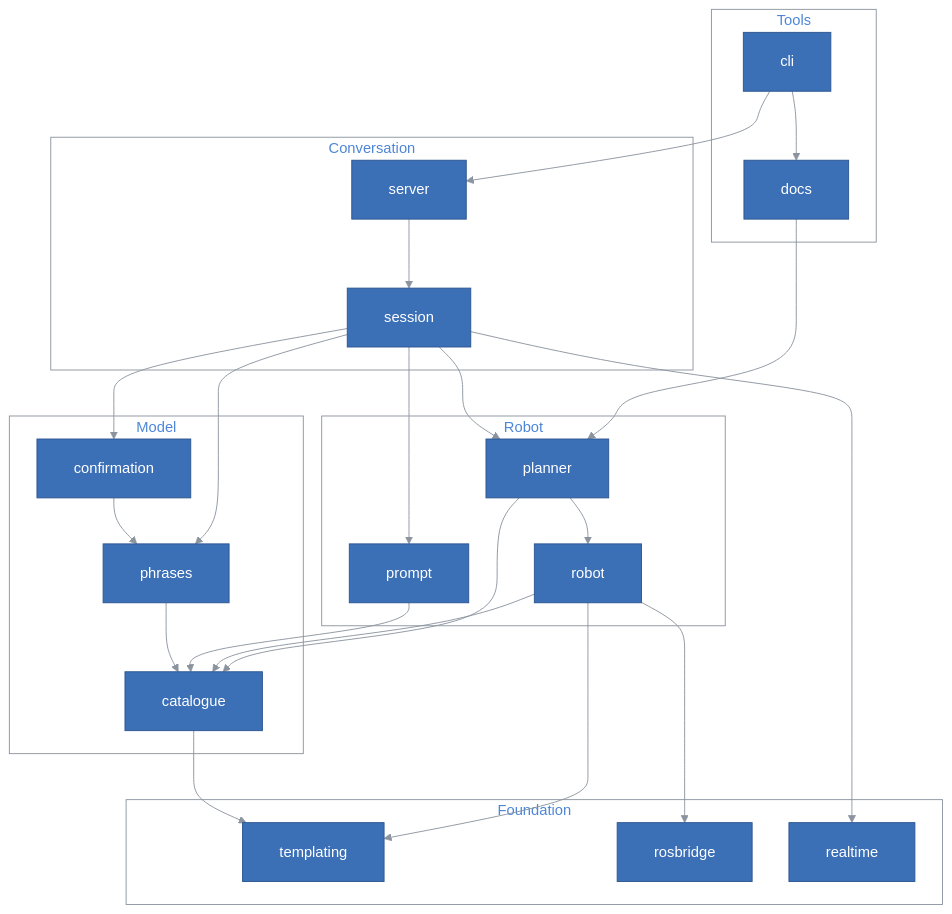
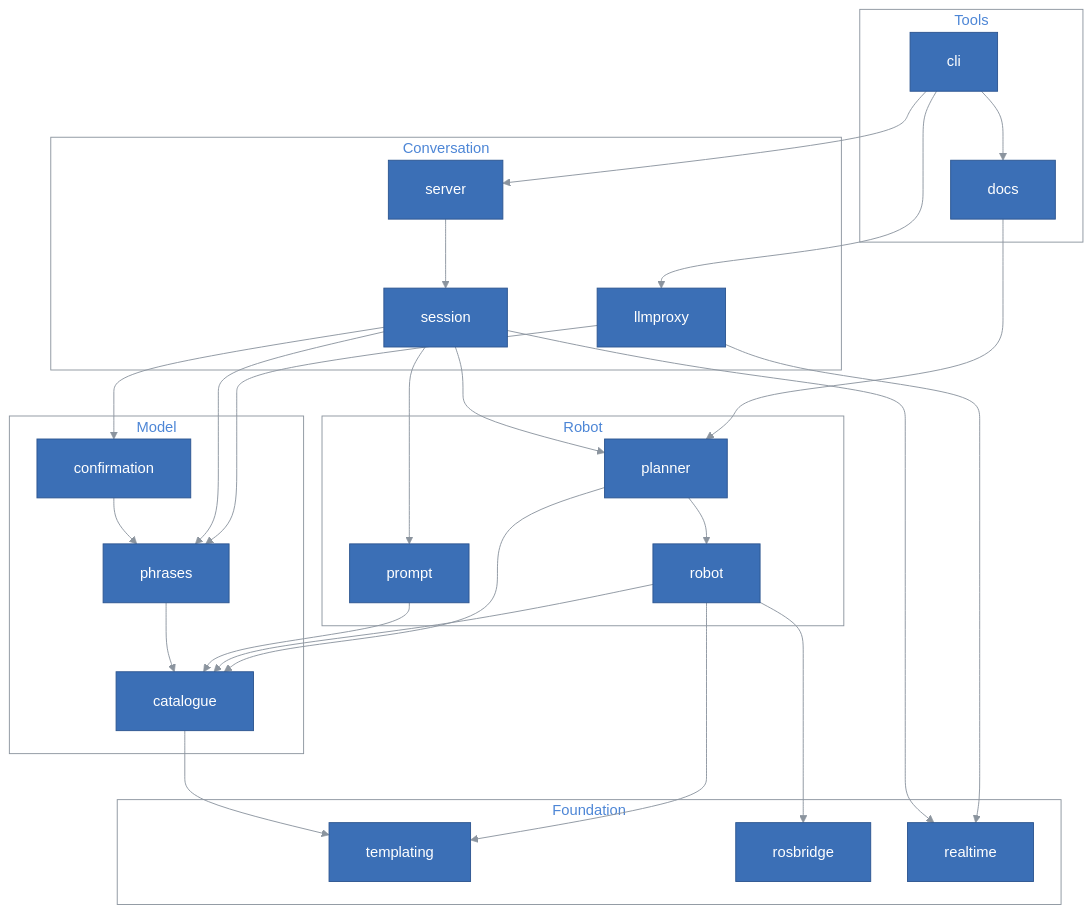
The sixth of 8 diagrams in docs/ARCHITECTURE.md (kineticsystem/stepit-speech), drawn with Mermaid before and after one commit. The commit also changed other lines of this file and 20 other files, not shown here.

```diff
--- a/docs/ARCHITECTURE.md
+++ b/docs/ARCHITECTURE.md
@@ -667,6 +694,7 @@
     subgraph Conversation
         server
         session
+        llmproxy
     end
     subgraph Robot
         planner
@@ -685,6 +713,9 @@
     end
 
     cli --> server
+    cli --> llmproxy
+    llmproxy --> phrases
+    llmproxy --> realtime
     cli --> docs
     docs --> planner
     server --> session
```
